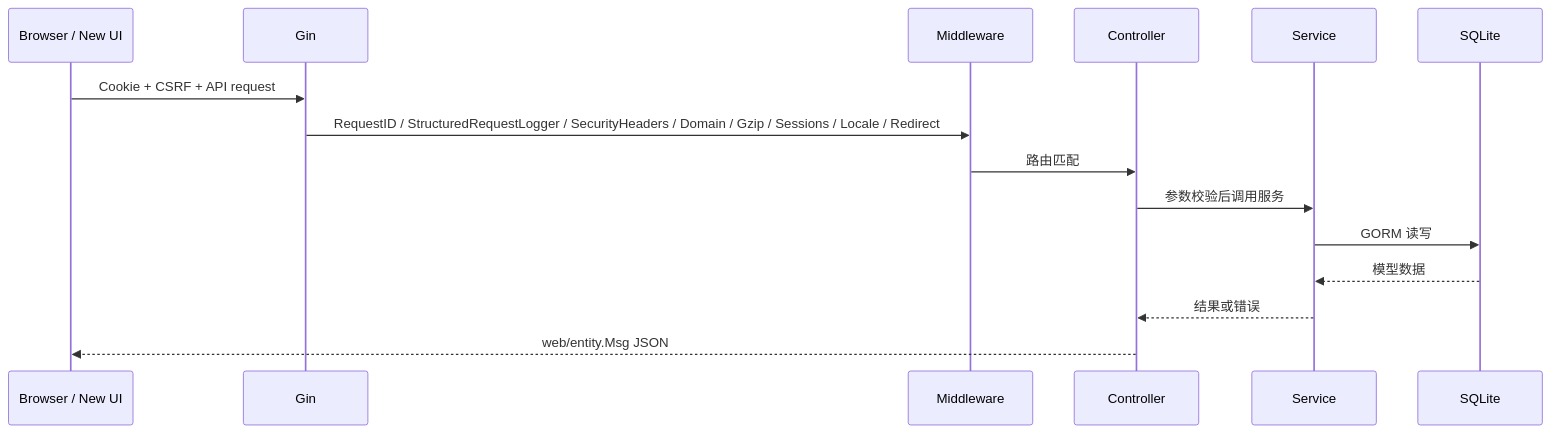
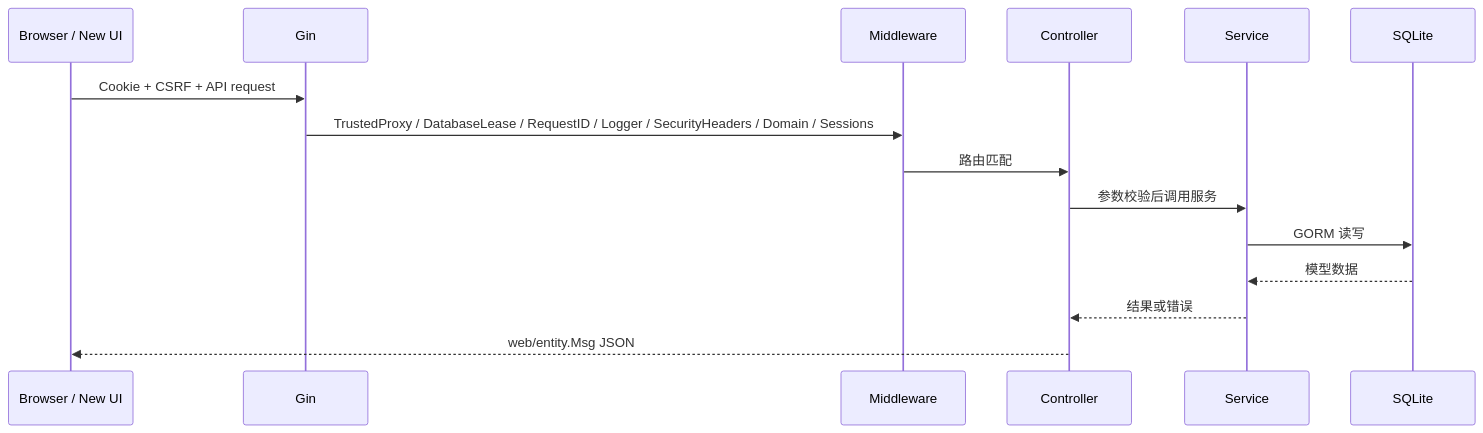
Before and after one commit to superaddmin/SuperXray-gui: the third of 5 diagrams in docs/architecture.md, drawn with Mermaid. The commit also changed other lines of this file and 25 other files, not shown here.

````diff
--- a/docs/architecture.md
+++ b/docs/architecture.md
@@ -228,18 +236,18 @@
 ```mermaid
 sequenceDiagram
     participant Browser as Browser / New UI
     participant Gin as Gin
     participant MW as Middleware
     participant Ctrl as Controller
     participant Svc as Service
     participant DB as SQLite
 
     Browser->>Gin: Cookie + CSRF + API request
-    Gin->>MW: RequestID / StructuredRequestLogger / SecurityHeaders / Domain / Gzip / Sessions / Locale / Redirect
+    Gin->>MW: TrustedProxy / DatabaseLease / RequestID / Logger / SecurityHeaders / Domain / Sessions
     MW->>Ctrl: 路由匹配
     Ctrl->>Svc: 参数校验后调用服务
     Svc->>DB: GORM 读写
     DB-->>Svc: 模型数据
     Svc-->>Ctrl: 结果或错误
     Ctrl-->>Browser: web/entity.Msg JSON
 ```
````
